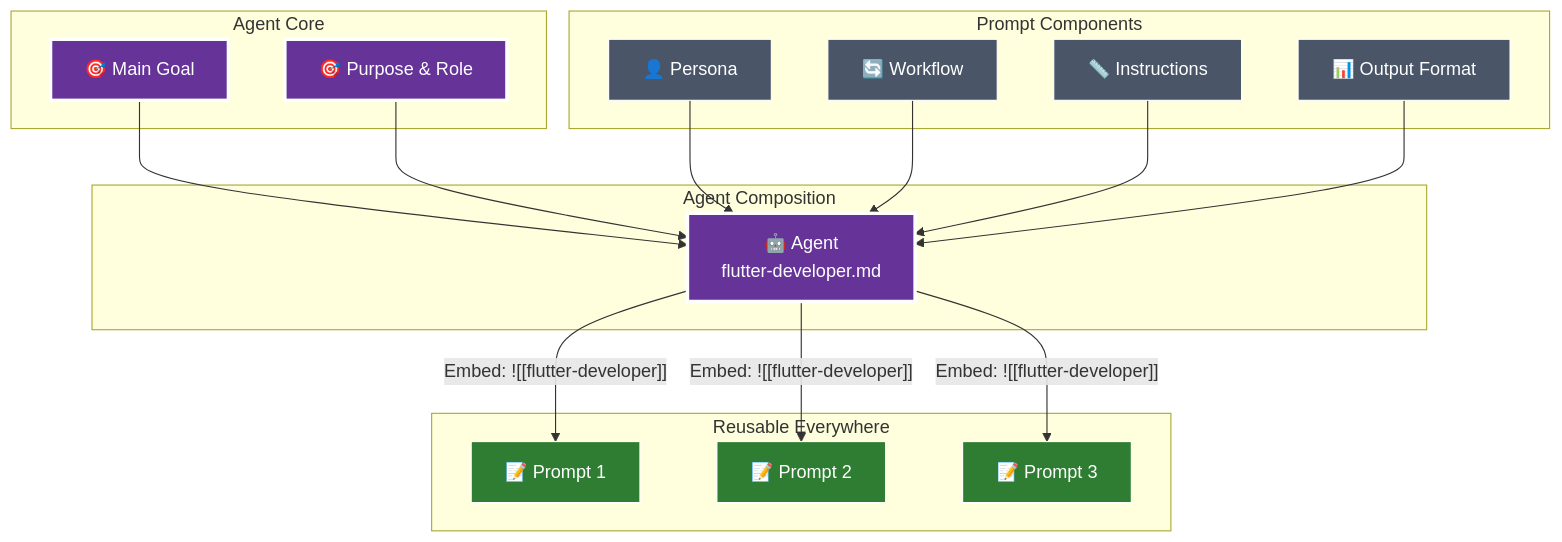
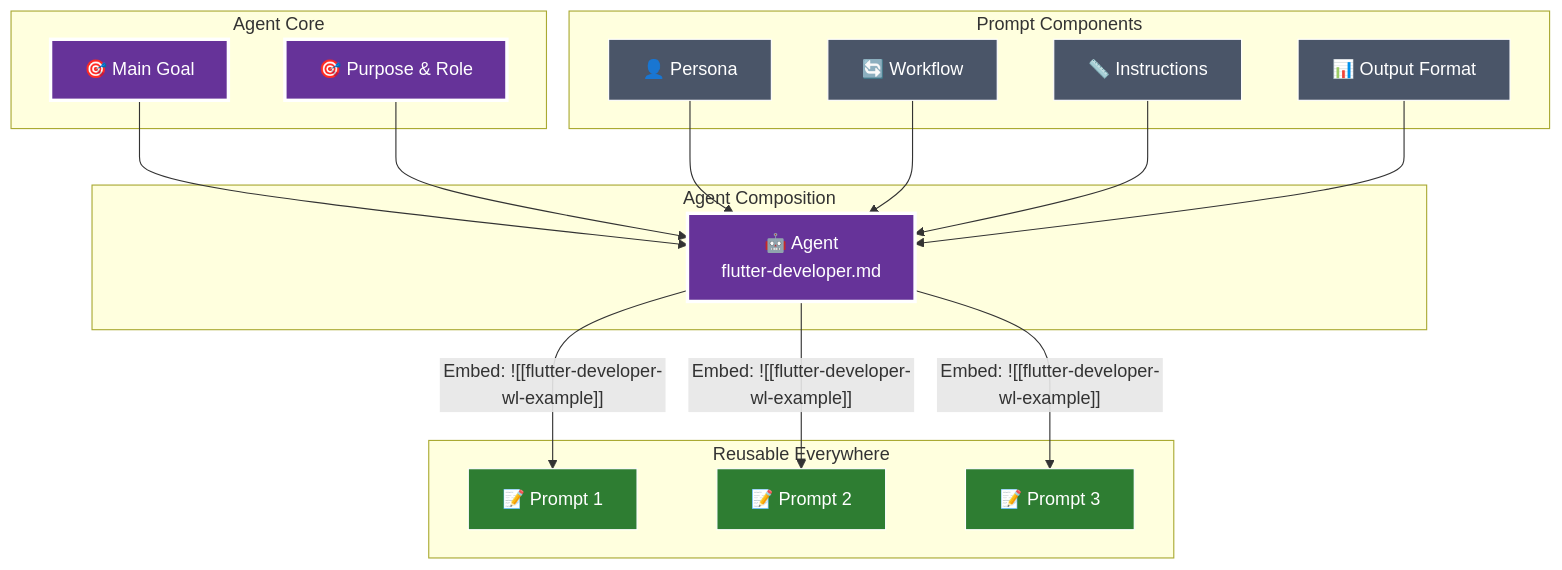
One commit to its-brianwithai/pew-pew-plx changed the third of 3 diagrams in concepts/a-good-prompt.md. Above: the diagram before and after it, drawn with Mermaid. The commit also changed other lines of this file and 202 other files, not shown here.

````diff
--- a/concepts/a-good-prompt.md
+++ b/concepts/a-good-prompt.md
@@ -159,46 +159,46 @@
 ```mermaid
 graph TD
     subgraph "Agent Core"
         MG[🎯 Main Goal]
         PR[🎯 Purpose & Role]
     end
     
     subgraph "Prompt Components"
         P1[👤 Persona]
         W1[🔄 Workflow]
         I1[📏 Instructions]
         O1[📊 Output Format]
     end
     
     subgraph "Agent Composition"
         A[🤖 Agent<br/>flutter-developer.md]
     end
     
     subgraph "Reusable Everywhere"
         PR1[📝 Prompt 1]
         PR2[📝 Prompt 2]
         PR3[📝 Prompt 3]
     end
     
     MG --> A
     PR --> A
     P1 --> A
     W1 --> A
     I1 --> A
     O1 --> A
     
-    A -->|"Embed: ![[flutter-developer]]"| PR1
-    A -->|"Embed: ![[flutter-developer]]"| PR2
-    A -->|"Embed: ![[flutter-developer]]"| PR3
+    A -->|"Embed: ![[flutter-developer-wl-example]]"| PR1
+    A -->|"Embed: ![[flutter-developer-wl-example]]"| PR2
+    A -->|"Embed: ![[flutter-developer-wl-example]]"| PR3
     
     style MG fill:#663399,stroke:#fff,stroke-width:3px,color:#fff
     style PR fill:#663399,stroke:#fff,stroke-width:3px,color:#fff
     style A fill:#663399,stroke:#fff,stroke-width:3px,color:#fff
     style P1 fill:#4a5568,stroke:#fff,color:#fff
     style W1 fill:#4a5568,stroke:#fff,color:#fff
     style I1 fill:#4a5568,stroke:#fff,color:#fff
     style O1 fill:#4a5568,stroke:#fff,color:#fff
     style PR1 fill:#2e7d32,stroke:#fff,color:#fff
     style PR2 fill:#2e7d32,stroke:#fff,color:#fff
     style PR3 fill:#2e7d32,stroke:#fff,color:#fff
 ```
````
